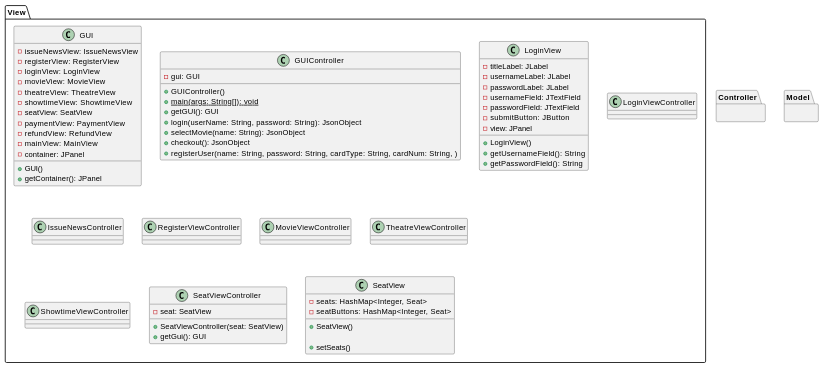
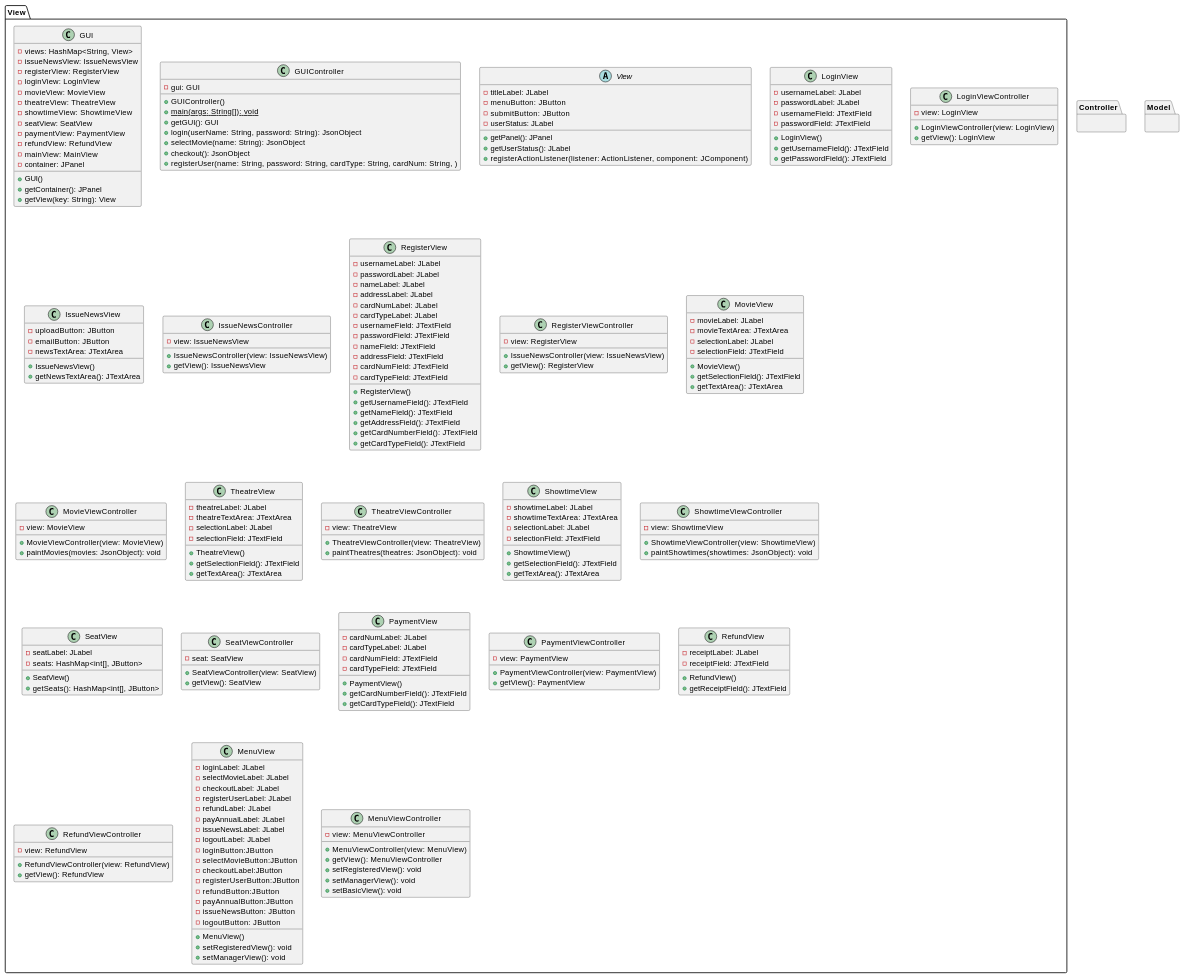
One commit to mklasby/ENSF_619_PROJECT changed the diagram in DetailedClassDiagram.md. Above: the diagram before and after it, drawn with PlantUML.

Commit message:
view uml completed

```diff
--- a/DetailedClassDiagram.md
+++ b/DetailedClassDiagram.md
@@ -4,6 +4,7 @@
 package View{
 
     class GUI{
+        -views: HashMap<String, View>
         -issueNewsView: IssueNewsView
         -registerView: RegisterView
         -loginView: LoginView
@@ -15,8 +16,10 @@
         -refundView: RefundView
         -mainView: MainView
         -container: JPanel
+
         +GUI()
         +getContainer(): JPanel
+        +getView(key: String): View 
     }
 
     class GUIController{
@@ -33,64 +36,212 @@
 
     }
 
+    abstract class View{
+        -titleLabel: JLabel
+        -menuButton: JButton
+        -submitButton: JButton
+        -userStatus: JLabel
+        +getPanel(): JPanel
+        +getUserStatus(): JLabel
+        +registerActionListener(listener: ActionListener, component: JComponent)
+    }
+
     class LoginView{
-        -titleLabel: JLabel
         -usernameLabel: JLabel
         -passwordLabel: JLabel
         -usernameField: JTextField
         -passwordField: JTextField
-        -submitButton: JButton
-        -view: JPanel
 
         +LoginView()
-        +getUsernameField(): String
-        +getPasswordField(): String
+        +getUsernameField(): JTextField
+        +getPasswordField(): JTextField
     }
 
     class LoginViewController{
-
+        -view: LoginView
+        +LoginViewController(view: LoginView)
+        +getView(): LoginView
     }
 
+    class IssueNewsView{
+        -uploadButton: JButton
+        -emailButton: JButton
+        -newsTextArea: JTextArea
+
+        +IssueNewsView()
+        +getNewsTextArea(): JTextArea
+    }
 
     class IssueNewsController{
+        -view: IssueNewsView
 
+        +IssueNewsController(view: IssueNewsView)
+        +getView(): IssueNewsView
+    }
+
+    class RegisterView{
+        -usernameLabel: JLabel
+        -passwordLabel: JLabel
+        -nameLabel: JLabel
+        -addressLabel: JLabel
+        -cardNumLabel: JLabel
+        -cardTypeLabel: JLabel
+        -usernameField: JTextField
+        -passwordField: JTextField
+        -nameField: JTextField
+        -addressField: JTextField
+        -cardNumField: JTextField
+        -cardTypeField: JTextField
+
+        +RegisterView()
+        +getUsernameField(): JTextField
+        +getNameField(): JTextField
+        +getAddressField(): JTextField
+        +getCardNumberField(): JTextField
+        +getCardTypeField(): JTextField
     }
 
     class RegisterViewController{
+        -view: RegisterView
 
+        +IssueNewsController(view: IssueNewsView)
+        +getView(): RegisterView      
     }
 
+    class MovieView{
+        -movieLabel: JLabel
+        -movieTextArea: JTextArea
+        -selectionLabel: JLabel
+        -selectionField: JTextField
+
+        +MovieView()
+        +getSelectionField(): JTextField
+        +getTextArea(): JTextArea
+    }
 
     class MovieViewController{
+        -view: MovieView
+        
+        +MovieViewController(view: MovieView)
+        +paintMovies(movies: JsonObject): void
+    }
 
+    class TheatreView{
+        -theatreLabel: JLabel
+        -theatreTextArea: JTextArea
+        -selectionLabel: JLabel
+        -selectionField: JTextField
+
+        +TheatreView()
+        +getSelectionField(): JTextField
+        +getTextArea(): JTextArea
     }
 
     class TheatreViewController {
+        -view: TheatreView
 
+        +TheatreViewController(view: TheatreView)
+        +paintTheatres(theatres: JsonObject): void
+    }
+
+    class ShowtimeView{
+        -showtimeLabel: JLabel
+        -showtimeTextArea: JTextArea
+        -selectionLabel: JLabel
+        -selectionField: JTextField
+
+        +ShowtimeView()
+        +getSelectionField(): JTextField
+        +getTextArea(): JTextArea
     }
 
     class ShowtimeViewController{
+        -view: ShowtimeView
 
+        +ShowtimeViewController(view: ShowtimeView)
+        +paintShowtimes(showtimes: JsonObject): void
+    }
+
+    class SeatView{
+        -seatLabel: JLabel
+        -seats: HashMap<int[], JButton>
+
+        +SeatView()
+        +getSeats(): HashMap<int[], JButton>
     }
 
     class SeatViewController{
         -seat: SeatView
         
+        +SeatViewController(view: SeatView)
+        +getView(): SeatView
+    }
 
-        +SeatViewController(seat: SeatView)
-        +getGui(): GUI
+    class PaymentView{
+        -cardNumLabel: JLabel
+        -cardTypeLabel: JLabel
+        -cardNumField: JTextField
+        -cardTypeField: JTextField
+
+        +PaymentView()
+        +getCardNumberField(): JTextField
+        +getCardTypeField(): JTextField
 
     }
 
-    class SeatView{
-        -seats: HashMap<Integer, Seat>
-        -seatButtons: HashMap<Integer, Seat>
+    class PaymentViewController{
+        -view: PaymentView
+
+        +PaymentViewController(view: PaymentView)
+        +getView(): PaymentView
+    }
+
+    class RefundView{
+        -receiptLabel: JLabel
+        -receiptField: JTextField
+
+        +RefundView()
+        +getReceiptField(): JTextField
+    }
+
+    class RefundViewController{
+        -view: RefundView
+
+        +RefundViewController(view: RefundView)
+        +getView(): RefundView
+    }
+
+    class MenuView {
+        -loginLabel: JLabel
+        -selectMovieLabel: JLabel
+        -checkoutLabel: JLabel
+        -registerUserLabel: JLabel
+        -refundLabel: JLabel
+        -payAnnualLabel: JLabel
+        -issueNewsLabel: JLabel
+        -logoutLabel: JLabel
+        -loginButton:JButton
+        -selectMovieButton:JButton
+        -checkoutLabel:JButton
+        -registerUserButton:JButton
+        -refundButton:JButton
+        -payAnnualButton:JButton
+        -issueNewsButton: JButton
+        -logoutButton: JButton
+
+        +MenuView()
+        +setRegisteredView(): void
+        +setManagerView(): void
+    }
+
+    class MenuViewController{
+        -view: MenuViewController
         
-        +SeatView()
-
-        +setSeats()
-
-
+        +MenuViewController(view: MenuView)
+        +getView(): MenuViewController
+        +setRegisteredView(): void
+        +setManagerView(): void
+        +setBasicView(): void
     }
 
 
```
